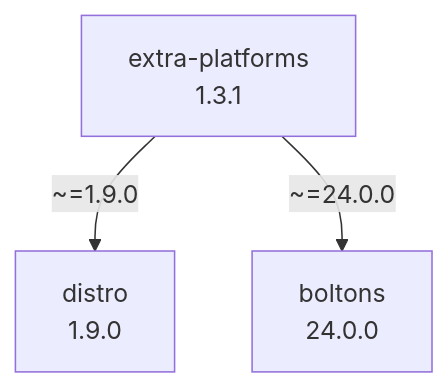
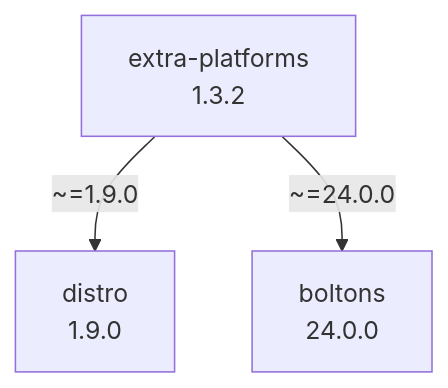
Before and after one commit to kdeldycke/extra-platforms: the diagram in docs/assets/dependencies.mmd, drawn with Mermaid.

Commit message:
[autofix] Regenerate dependency graph

```diff
--- a/docs/assets/dependencies.mmd
+++ b/docs/assets/dependencies.mmd
@@ -1,7 +1,7 @@
 flowchart TD
     classDef missing stroke-dasharray: 5
     boltons["boltons\n24.0.0"]
     distro["distro\n1.9.0"]
-    extra-platforms["extra-platforms\n1.3.1"]
+    extra-platforms["extra-platforms\n1.3.2"]
     extra-platforms -- "~=1.9.0" --> distro
     extra-platforms -- "~=24.0.0" --> boltons
```
